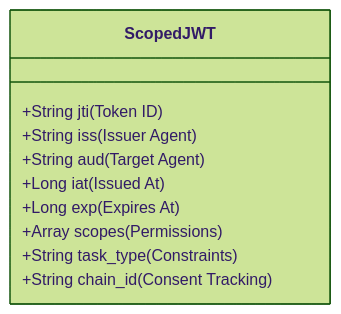
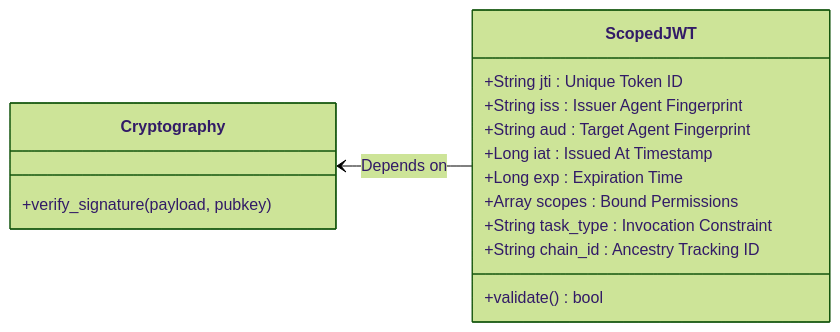
Before and after one commit to MrDecryptDecipher/Agent-Trust: the ninth of 30 diagrams in README.md, drawn with Mermaid (forest theme). The commit also changed other lines of this file, not shown here.

Commit message:
Fix rendering format for 30 Mermaid diagrams to strictly use basic edge and block formatting for complete compatiblity

````diff
--- a/README.md
+++ b/README.md
@@ -137,13 +195,19 @@
 ```mermaid
 classDiagram
+    direction RL
     class ScopedJWT {
-        +String jti (Token ID)
-        +String iss (Issuer Agent)
-        +String aud (Target Agent)
-        +Long iat (Issued At)
-        +Long exp (Expires At)
-        +Array scopes (Permissions)
-        +String task_type (Constraints)
-        +String chain_id (Consent Tracking)
+        +String jti : Unique Token ID
+        +String iss : Issuer Agent Fingerprint
+        +String aud : Target Agent Fingerprint
+        +Long iat : Issued At Timestamp
+        +Long exp : Expiration Time
+        +Array scopes : Bound Permissions
+        +String task_type : Invocation Constraint
+        +String chain_id : Ancestry Tracking ID
+        +validate() bool
     }
+    class Cryptography {
+        +verify_signature(payload, pubkey)
+    }
+    ScopedJWT --> Cryptography : Depends on
 ```
````
